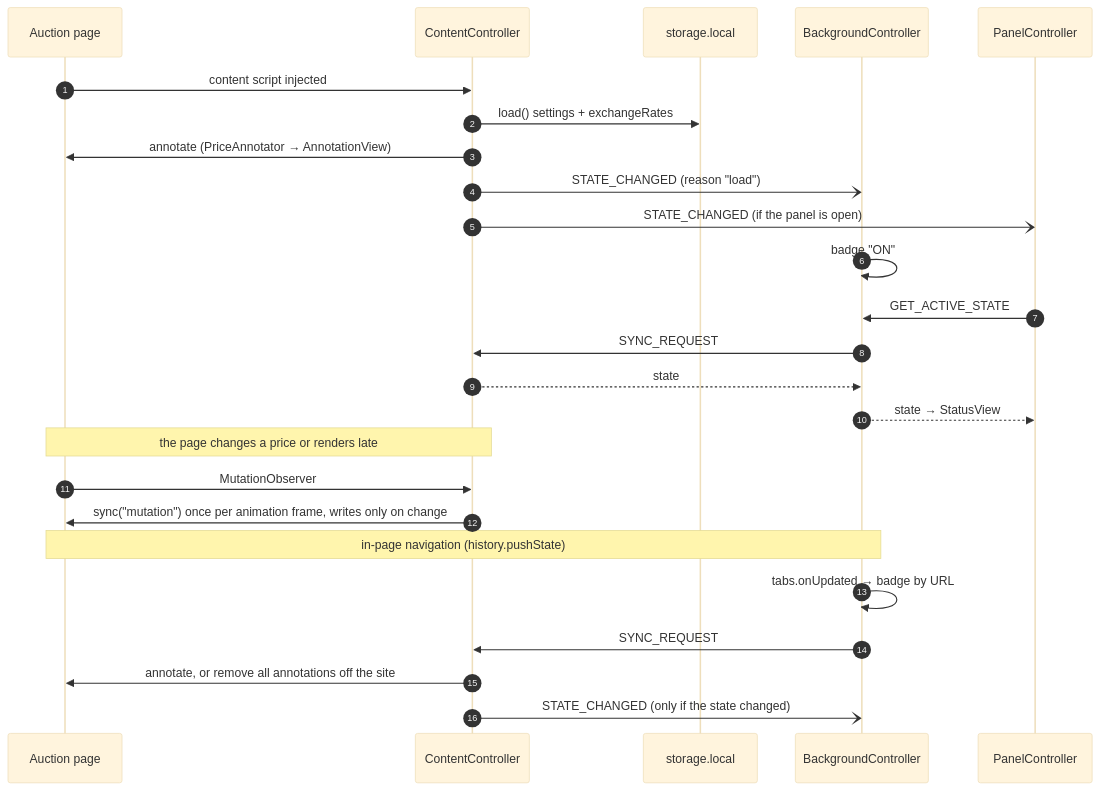
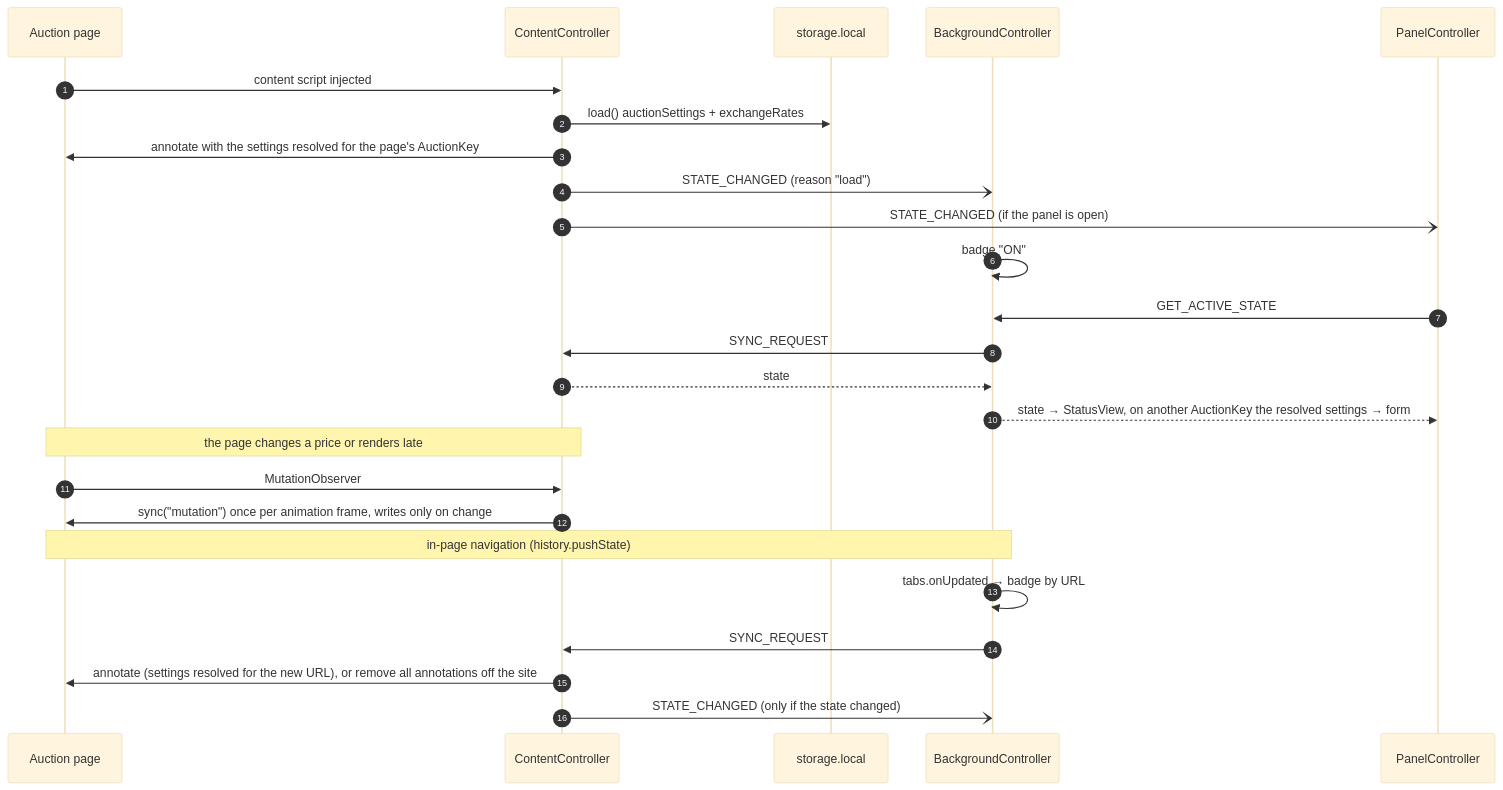
One commit to radyak/minerva-browserplugin changed the fourth of 7 diagrams in docs/architecture.md. Above: the diagram before and after it, drawn with Mermaid (base theme). The commit also changed other lines of this file and 23 other files, not shown here.

Commit message:
feat: [by AI] Store parameters per platform, auction house and auction id

````diff
--- a/docs/architecture.md
+++ b/docs/architecture.md
@@ -248,30 +251,30 @@
 ```mermaid
 sequenceDiagram
   autonumber
   participant Page as Auction page
   participant CC as ContentController
   participant Store as storage.local
   participant BC as BackgroundController
   participant PC as PanelController
 
   Page->>CC: content script injected
-  CC->>Store: load() settings + exchangeRates
-  CC->>Page: annotate (PriceAnnotator → AnnotationView)
+  CC->>Store: load() auctionSettings + exchangeRates
+  CC->>Page: annotate with the settings resolved for the page's AuctionKey
   CC-)BC: STATE_CHANGED (reason "load")
   CC-)PC: STATE_CHANGED (if the panel is open)
   BC->>BC: badge "ON"
   PC->>BC: GET_ACTIVE_STATE
   BC->>CC: SYNC_REQUEST
   CC-->>BC: state
-  BC-->>PC: state → StatusView
+  BC-->>PC: state → StatusView, on another AuctionKey the resolved settings → form
 
   Note over Page,CC: the page changes a price or renders late
   Page->>CC: MutationObserver
   CC->>Page: sync("mutation") once per animation frame, writes only on change
 
   Note over Page,BC: in-page navigation (history.pushState)
   BC->>BC: tabs.onUpdated → badge by URL
   BC->>CC: SYNC_REQUEST
-  CC->>Page: annotate, or remove all annotations off the site
+  CC->>Page: annotate (settings resolved for the new URL), or remove all annotations off the site
   CC-)BC: STATE_CHANGED (only if the state changed)
 ```
````
